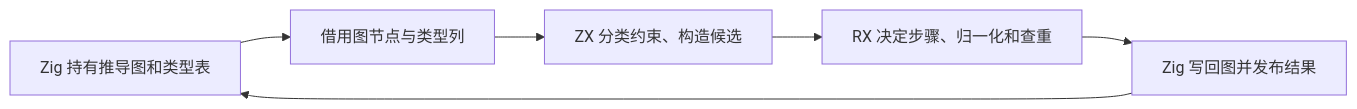
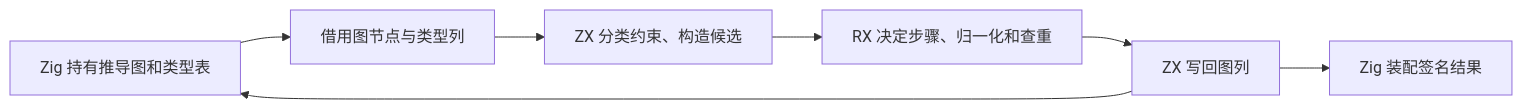
The second of 2 diagrams in docs/2026-11-12/自举日报.md (MatrixAges/zxc), drawn with Mermaid before and after one commit. The commit also changed other lines of this file and 15 other files, not shown here.

````diff
--- a/docs/2026-11-12/自举日报.md
+++ b/docs/2026-11-12/自举日报.md
@@ -81,8 +89,9 @@
 ```mermaid
 flowchart LR
     Graph[Zig 持有推导图和类型表] --> View[借用图节点与类型列]
     View --> Target[ZX 分类约束、构造候选]
     Target --> Plan[RX 决定步骤、归一化和查重]
-    Plan --> Apply[Zig 写回图并发布结果]
+    Plan --> Apply[ZX 写回图列]
     Apply --> Graph
+    Apply --> Publish[Zig 装配签名结果]
 ```
````
